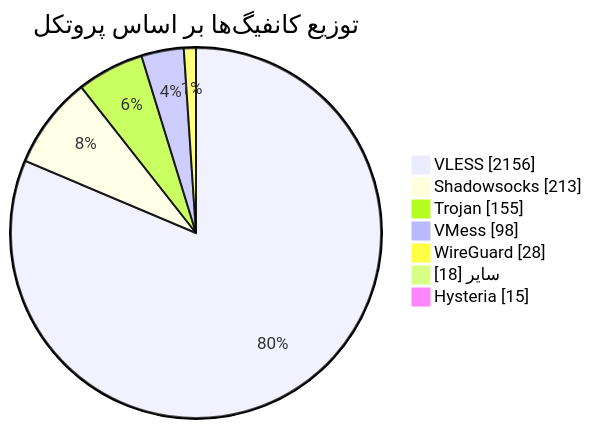
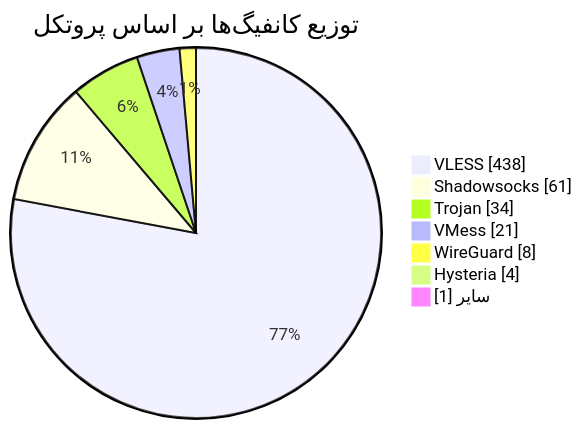
One commit to Arian-Alijani/Somthing changed the diagram in README.md. Above: the diagram before and after it, drawn with Mermaid. The commit also changed other lines of this file and 137 other files, not shown here.

````diff
--- a/README.md
+++ b/README.md
@@ -49,11 +49,11 @@
 ```mermaid
 pie showData
     title توزیع کانفیگ‌ها بر اساس پروتکل
-    "VLESS" : 2156
-    "Shadowsocks" : 213
-    "Trojan" : 155
-    "VMess" : 98
-    "WireGuard" : 28
-    "سایر" : 18
-    "Hysteria" : 15
+    "VLESS" : 438
+    "Shadowsocks" : 61
+    "Trojan" : 34
+    "VMess" : 21
+    "WireGuard" : 8
+    "Hysteria" : 4
+    "سایر" : 1
 ```
````
